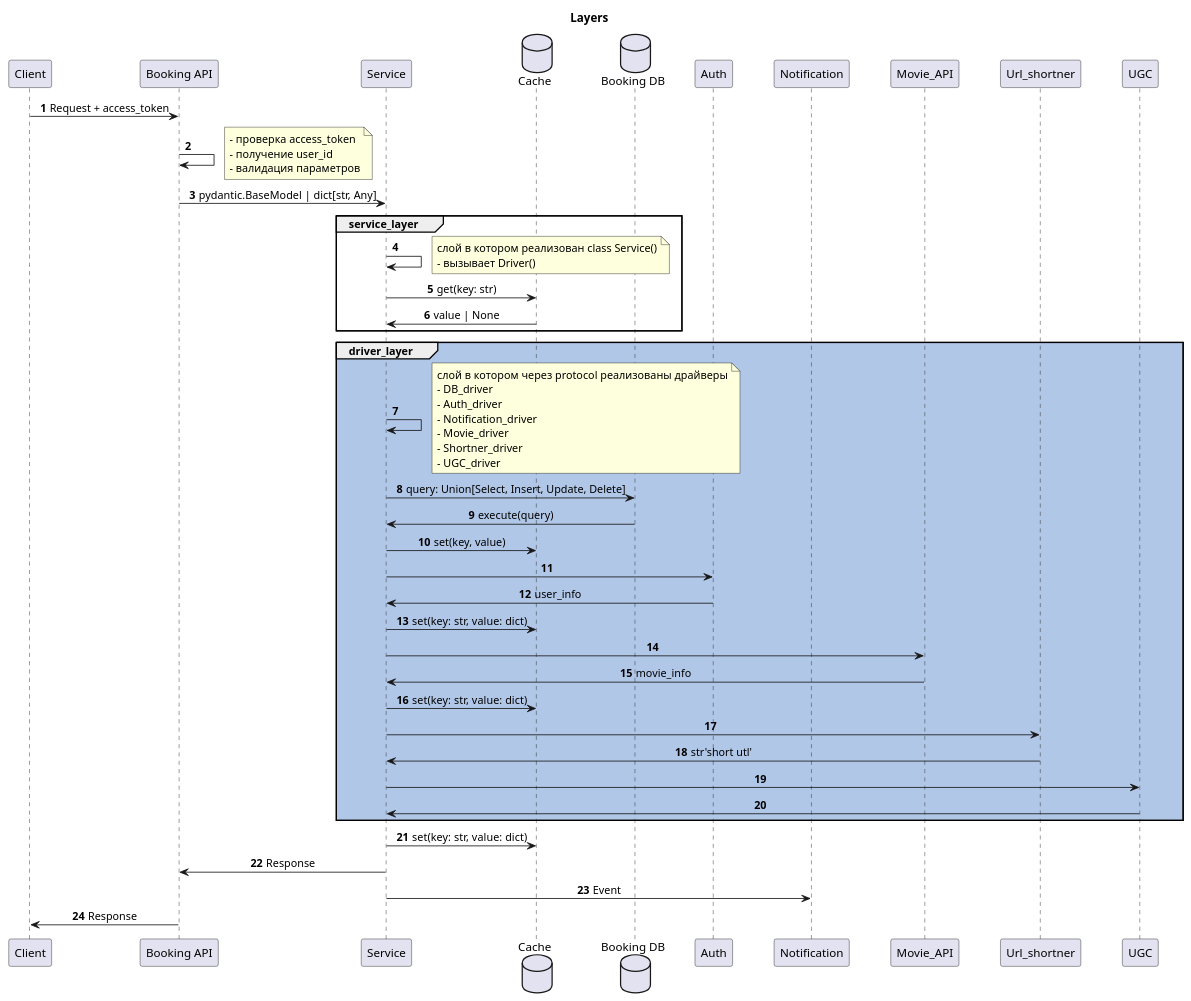
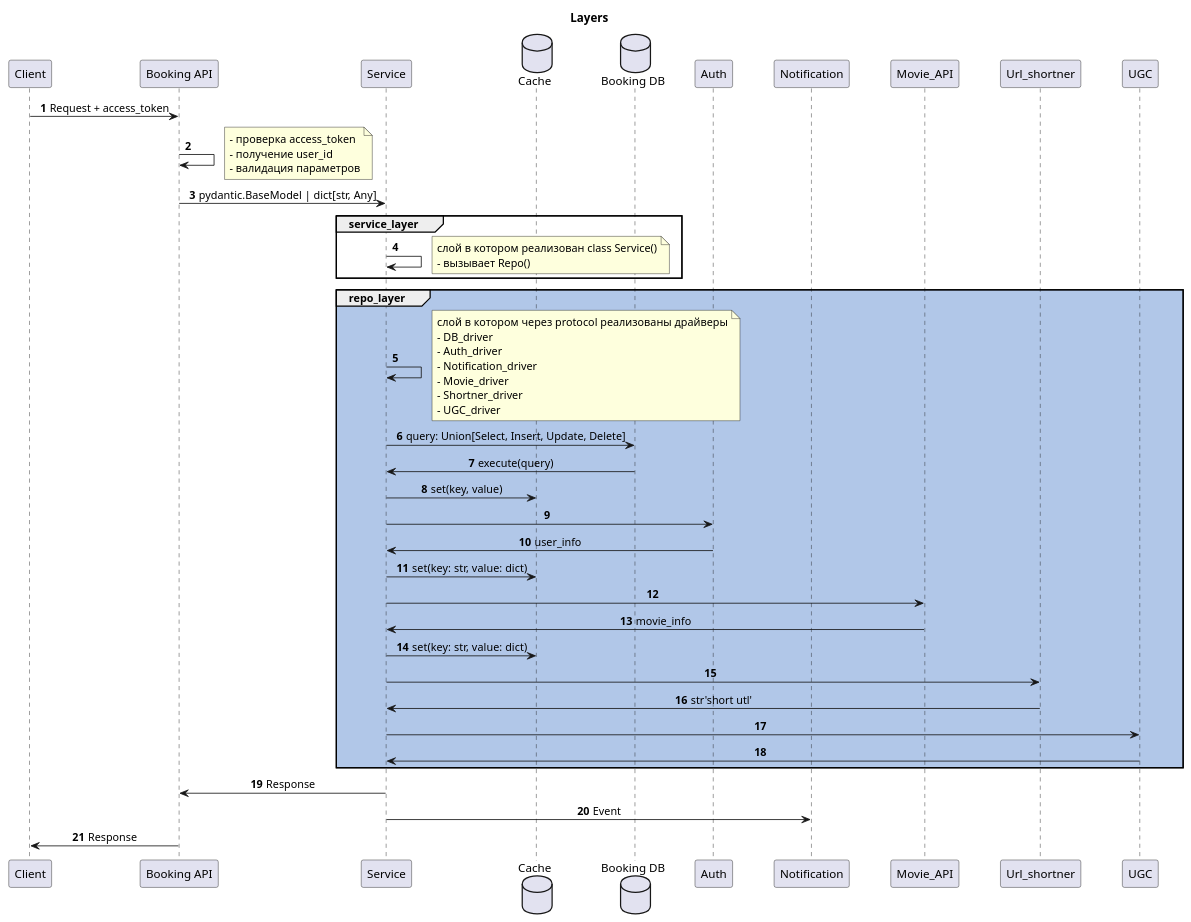
Before and after one commit to GA10v/booking_service: the diagram in docs/scheme/to_be/2_layers_Auth_likes.puml, drawn with PlantUML. The commit also changed 2 other files, not shown here.

```diff
--- a/docs/scheme/to_be/2_layers_Auth_likes.puml
+++ b/docs/scheme/to_be/2_layers_Auth_likes.puml
@@ -1,73 +1,70 @@
 @startuml layers
 ' !theme materia
 autonumber
 skinparam sequence {
 	ParticipantPadding 20
 	MessageAlign center
 }
 
 title Layers
 
 participant Client as Client
 participant "Booking API" as API
 participant "Service" as Service
 database "Cache" as Cache_Service
 database "Booking DB" as DB_Booking
 participant DB_Booking
 participant Auth
 participant Notification
 participant Movie_API
 participant Url_shortner
 participant UGC
 
 Client -> API: Request + access_token
 API -> API:
 note right
     - проверка access_token
     - получение user_id
     - валидация параметров
 end note
 API -> Service: pydantic.BaseModel | dict[str, Any]
 
 group service_layer
     Service -> Service
     note right
         слой в котором реализован class Service()
-        - вызывает Driver()
+        - вызывает Repo()
     end note
-    Service -> Cache_Service: get(key: str)
-    Service <- Cache_Service: value | None
 end group
 
-group #B1C7E8 driver_layer
+group #B1C7E8 repo_layer
     Service -> Service
     note right
         слой в котором через protocol реализованы драйверы
         - DB_driver
         - Auth_driver
         - Notification_driver
         - Movie_driver
         - Shortner_driver
         - UGC_driver
     end note
 
     Service -> DB_Booking: query: Union[Select, Insert, Update, Delete]
     Service <- DB_Booking: execute(query)
     Service -> Cache_Service: set(key, value)
     Service -> Auth
     Service <- Auth: user_info
     Service -> Cache_Service: set(key: str, value: dict)
     Service -> Movie_API
     Service <- Movie_API: movie_info
     Service -> Cache_Service: set(key: str, value: dict)
     Service -> Url_shortner
     Service <- Url_shortner: str'short utl'
     Service -> UGC
     Service <- UGC
 
 end group
-Service -> Cache_Service : set(key: str, value: dict)
 Service -> API: Response
 Service -> Notification: Event
 API -> Client: Response
 @enduml
```
